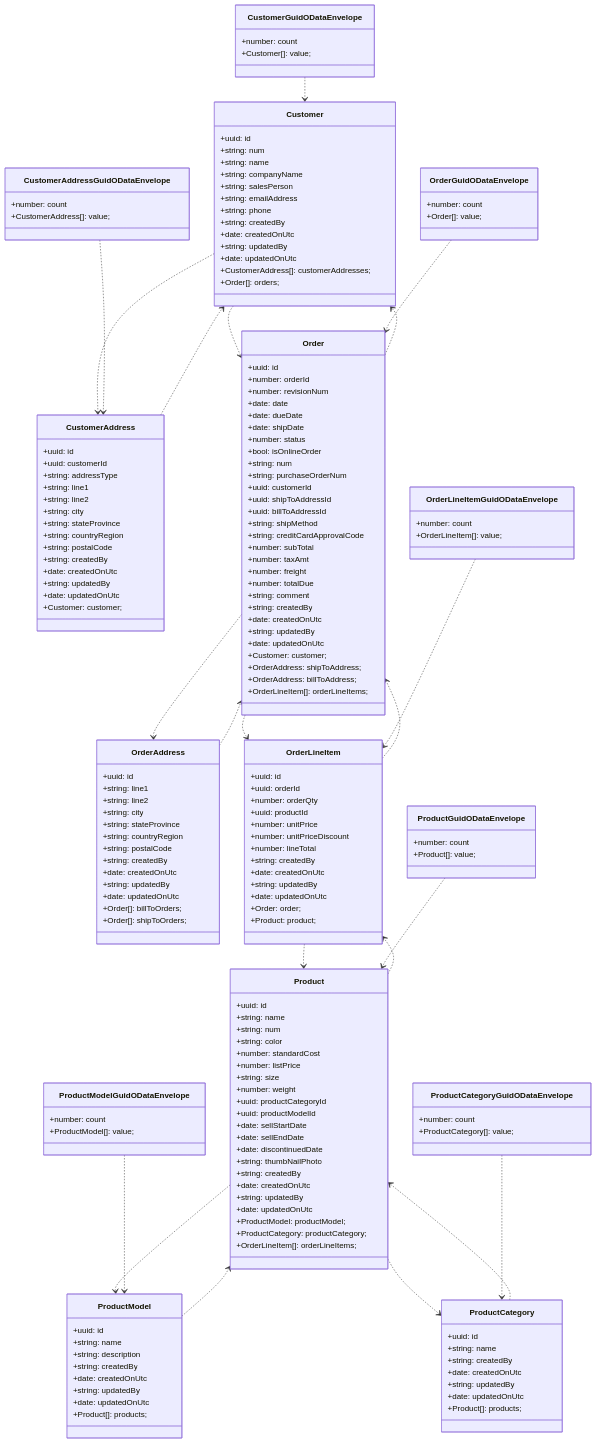
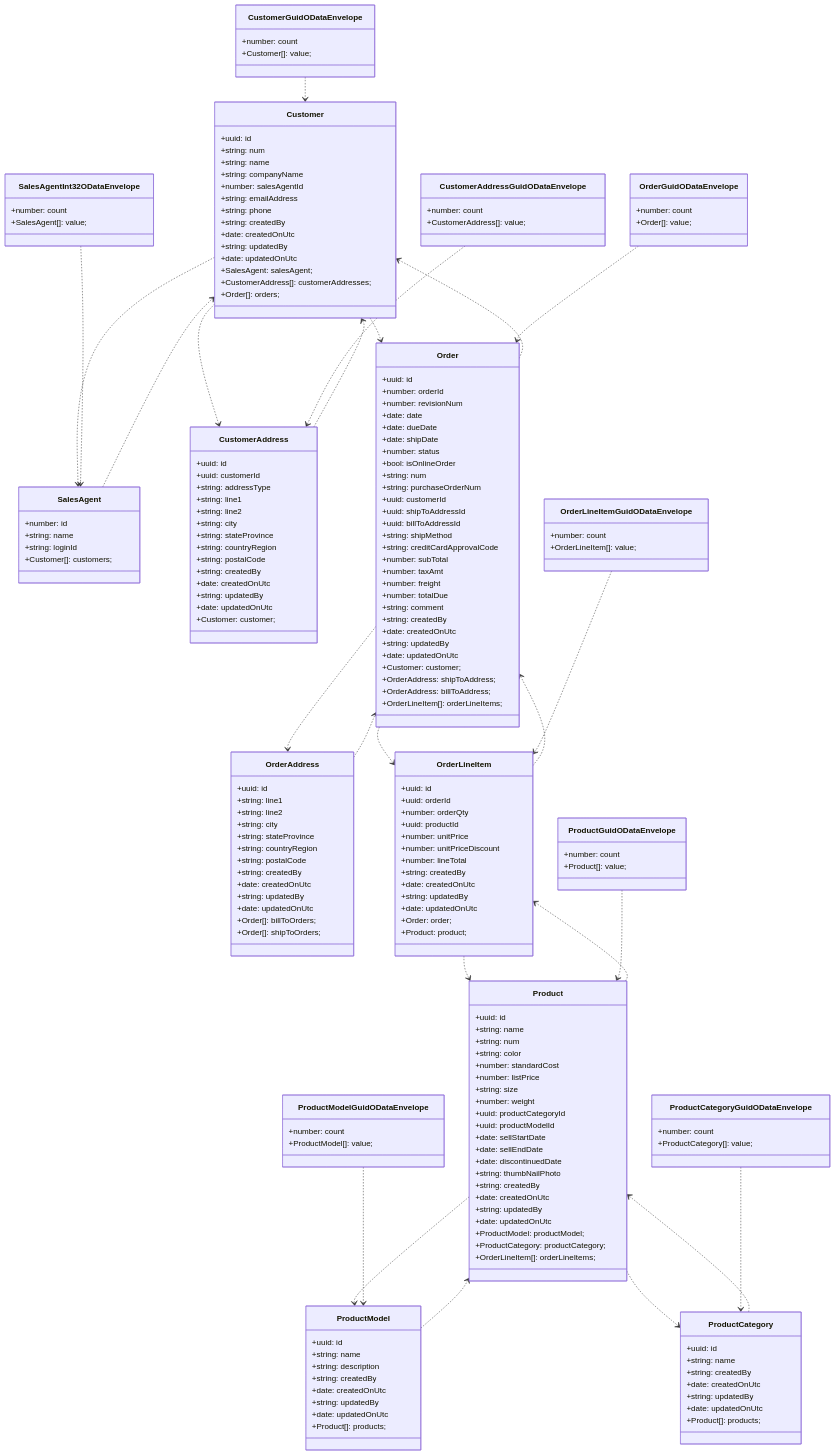
The diagram in src/apps/adventure-works/diagrams/odata/class-diagram.md (ikemtz/AngularMonoRepo), drawn with Mermaid before and after one commit. The commit also changed other lines of this file and 41 other files, not shown here.

First line of the commit message:
Bug fix on schematics (reducer) (#405)

````diff
--- a/src/apps/adventure-works/diagrams/odata/class-diagram.md
+++ b/src/apps/adventure-works/diagrams/odata/class-diagram.md
@@ -1,6 +1,7 @@
 ```mermaid
 classDiagram
 
+  Customer ..> SalesAgent
   Customer ..> CustomerAddress
   Customer ..> Order
   CustomerAddress ..> Customer
@@ -22,19 +23,22 @@
   ProductGuidODataEnvelope ..> Product
   ProductModel ..> Product
   ProductModelGuidODataEnvelope ..> ProductModel
+  SalesAgent ..> Customer
+  SalesAgentInt32ODataEnvelope ..> SalesAgent
 
   class Customer{
     +uuid: id
     +string: num
     +string: name
     +string: companyName
-    +string: salesPerson
+    +number: salesAgentId
     +string: emailAddress
     +string: phone
     +string: createdBy
     +date: createdOnUtc
     +string: updatedBy
     +date: updatedOnUtc
+    +SalesAgent: salesAgent;
     +CustomerAddress[]: customerAddresses;
     +Order[]: orders;
   }
@@ -184,4 +188,14 @@
     +number: count
     +ProductModel[]: value;
   }
+  class SalesAgent{
+    +number: id
+    +string: name
+    +string: loginId
+    +Customer[]: customers;
+  }
+  class SalesAgentInt32ODataEnvelope{
+    +number: count
+    +SalesAgent[]: value;
+  }
 ```
````
